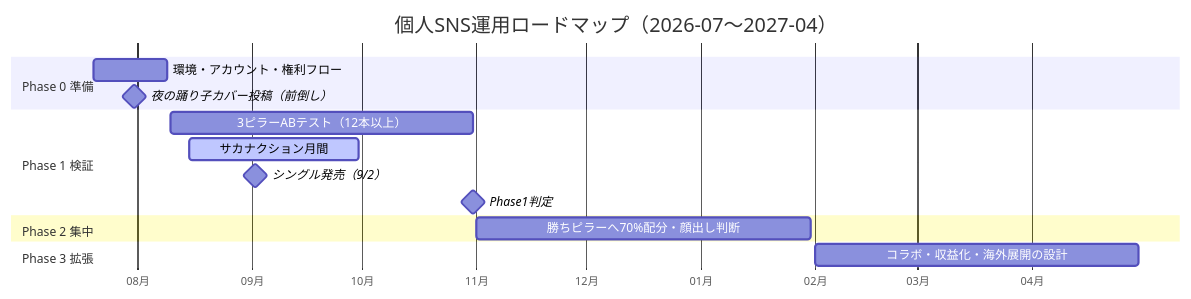
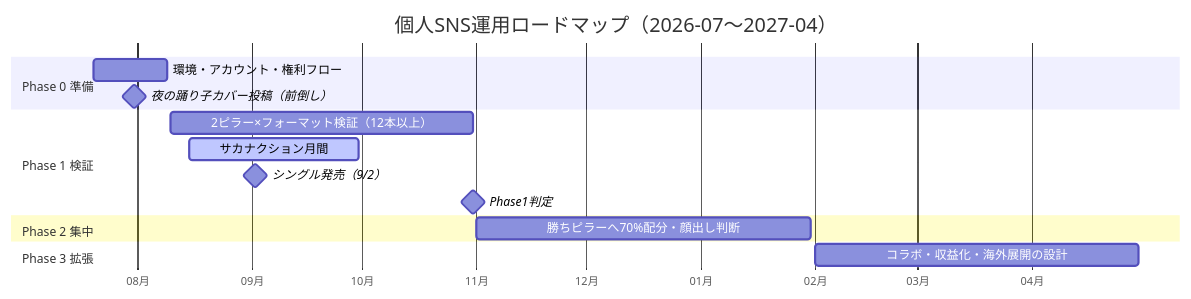
The diagram in docs/07_ロードマップ.md (bashaka-sawabe/personal-sns-operation), drawn with Mermaid before and after one commit. The commit also changed other lines of this file and 8 other files, not shown here.

````diff
--- a/docs/07_ロードマップ.md
+++ b/docs/07_ロードマップ.md
@@ -5,18 +5,18 @@
 ```mermaid
 gantt
     title 個人SNS運用ロードマップ（2026-07〜2027-04）
     dateFormat YYYY-MM-DD
     axisFormat %m月
     section Phase 0 準備
     環境・アカウント・権利フロー       :p0, 2026-07-20, 2026-08-09
     夜の踊り子カバー投稿（前倒し）     :milestone, 2026-07-31, 0d
     section Phase 1 検証
-    3ピラーABテスト（12本以上）        :p1, 2026-08-10, 2026-10-31
+    2ピラー×フォーマット検証（12本以上） :p1, 2026-08-10, 2026-10-31
     サカナクション月間                 :active, 2026-08-15, 2026-09-30
     シングル発売（9/2）               :milestone, 2026-09-02, 0d
     Phase1判定                         :milestone, 2026-10-31, 0d
     section Phase 2 集中
     勝ちピラーへ70%配分・顔出し判断    :p2, 2026-11-01, 2027-01-31
     section Phase 3 拡張
     コラボ・収益化・海外展開の設計     :p3, 2027-02-01, 2027-04-30
 ```
````
